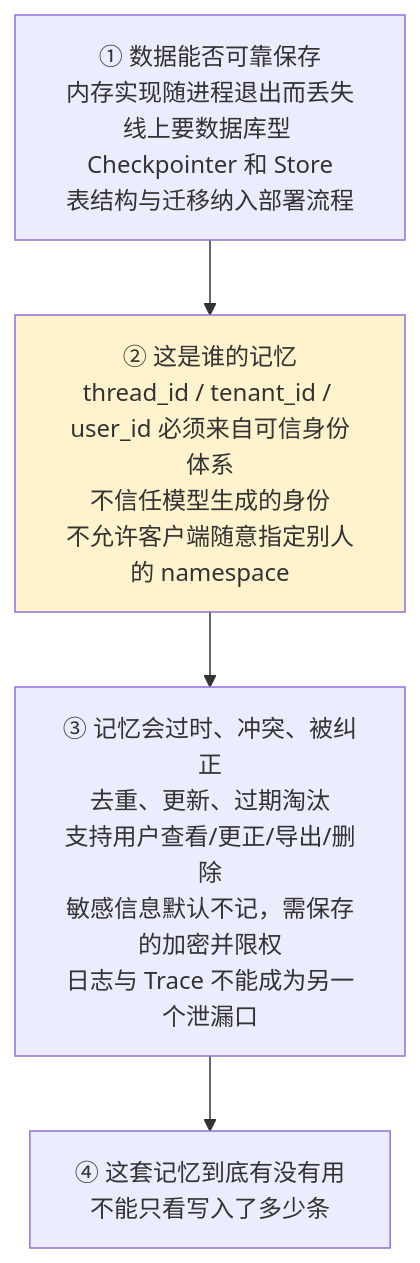
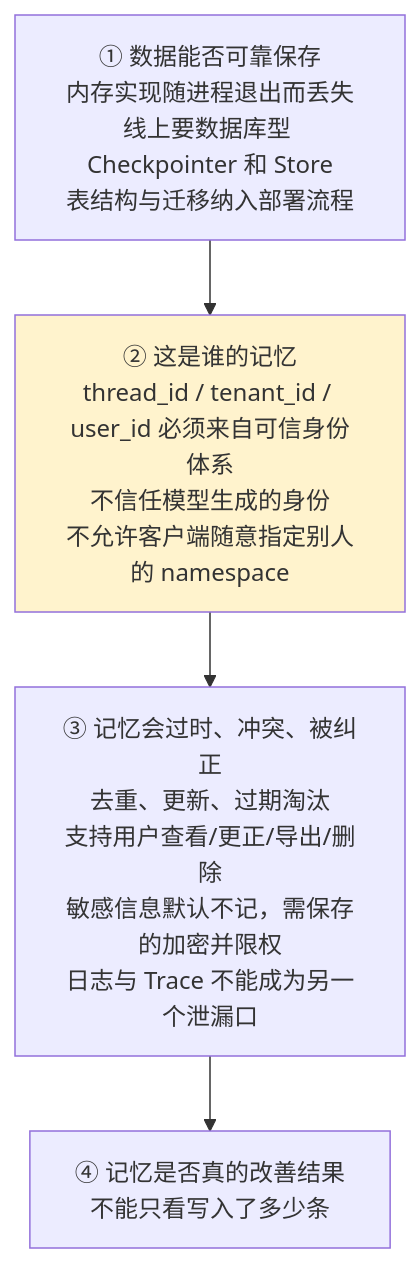
Before and after one commit to oneleaveknowsthefall/awesome-ai-roadmap: the second of 2 diagrams in docs/frameworks/01-langchain/02-agent-building/06-memory.md, drawn with Mermaid. The commit also changed other lines of this file and 140 other files, not shown here.

First line of the commit message:
docs: make roadmap prose more natural

````diff
--- a/docs/frameworks/01-langchain/02-agent-building/06-memory.md
+++ b/docs/frameworks/01-langchain/02-agent-building/06-memory.md
@@ -166,10 +166,10 @@
 ```mermaid
 flowchart TB
     P1["① 数据能否可靠保存<br/>内存实现随进程退出而丢失<br/>线上要数据库型 Checkpointer 和 Store<br/>表结构与迁移纳入部署流程"]
     P2["② 这是谁的记忆<br/>thread_id / tenant_id / user_id 必须来自可信身份体系<br/>不信任模型生成的身份<br/>不允许客户端随意指定别人的 namespace"]
     P3["③ 记忆会过时、冲突、被纠正<br/>去重、更新、过期淘汰<br/>支持用户查看/更正/导出/删除<br/>敏感信息默认不记，需保存的加密并限权<br/>日志与 Trace 不能成为另一个泄漏口"]
-    P4["④ 这套记忆到底有没有用<br/>不能只看写入了多少条"]
+    P4["④ 记忆是否真的改善结果<br/>不能只看写入了多少条"]
     P1 --> P2 --> P3 --> P4
 
     style P2 fill:#fff3cd
 ```
````
